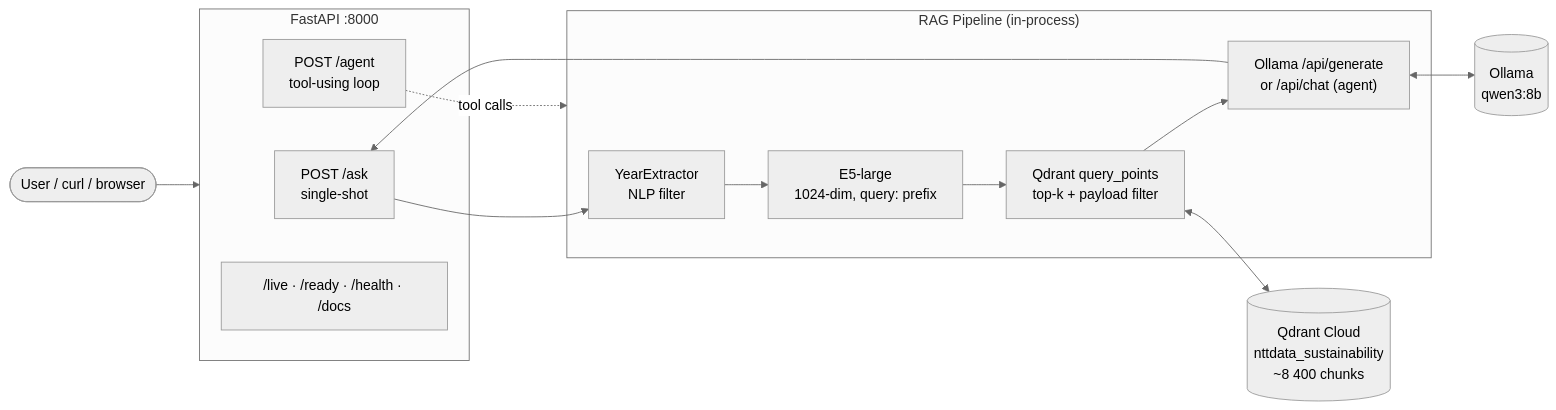
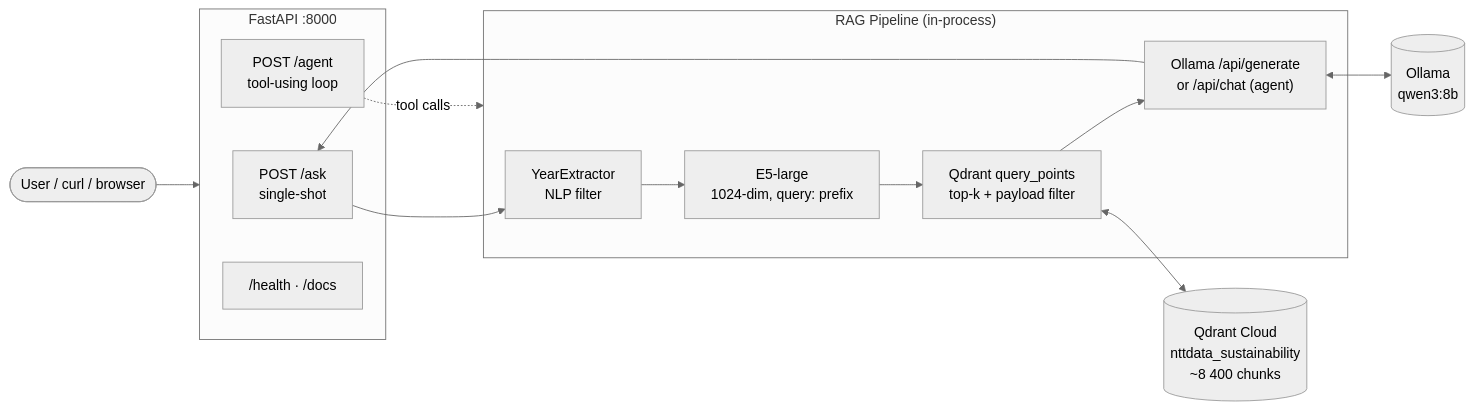
One commit to rabiaedayilmaz/sustainability-report-chat changed the first of 2 diagrams in README.md. Above: the diagram before and after it, drawn with Mermaid (neutral theme). The commit also changed other lines of this file and 3 other files, not shown here.

First line of the commit message:
chore: remove /live and /ready endpoints

````diff
--- a/README.md
+++ b/README.md
@@ -32,24 +32,24 @@
 ```mermaid
 flowchart LR
     User([User / curl / browser])
     User --> API
 
     subgraph API["FastAPI :8000"]
         Ask["POST /ask<br/>single-shot"]
         Agent["POST /agent<br/>tool-using loop"]
-        Meta["/live · /ready · /health · /docs"]
+        Meta["/health · /docs"]
     end
 
     subgraph Pipeline["RAG Pipeline (in-process)"]
         YE["YearExtractor<br/>NLP filter"]
         Embed["E5-large<br/>1024-dim, query: prefix"]
         Retr["Qdrant query_points<br/>top-k + payload filter"]
         LLM["Ollama /api/generate<br/>or /api/chat (agent)"]
     end
 
     Ask  --> YE --> Embed --> Retr --> LLM --> Ask
     Agent -.tool calls.-> Pipeline
 
     Retr <--> Qdrant[("Qdrant Cloud<br/>nttdata_sustainability<br/>~8 400 chunks")]
     LLM  <--> Ollama[("Ollama<br/>qwen3:8b")]
 ```
````
